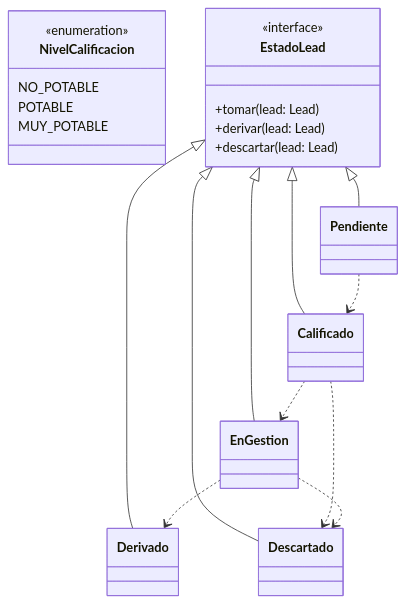
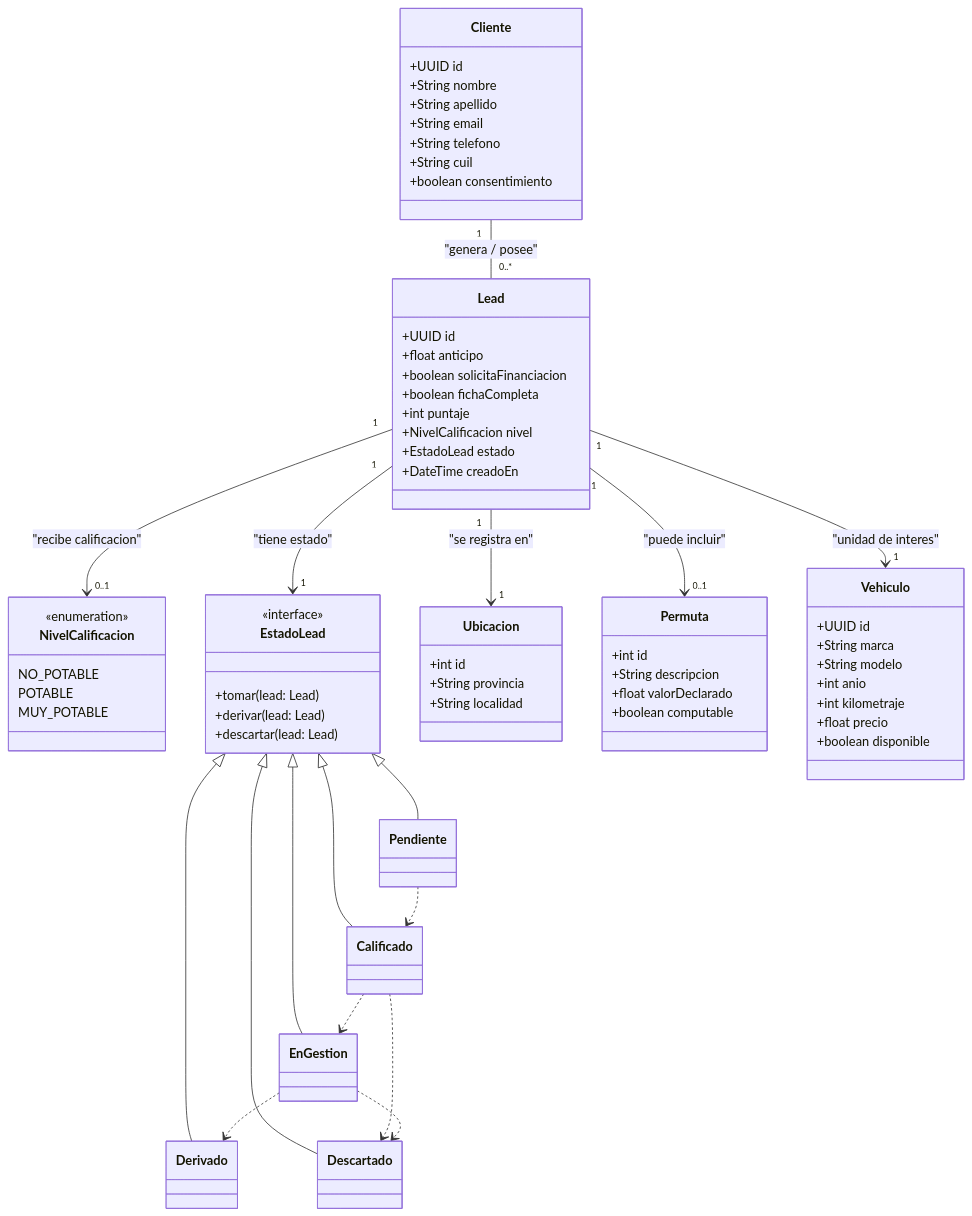
The diagram in docs/diagrams/diagrama_clases.mmd (naimgaunaa/LeadsMicroservice), drawn with Mermaid before and after one commit.

Commit message:
Ampliar diagrama de clases del servicio leads
Se extendió el diagrama de clases para documentar los catálogos, estados y entidades del servicio de leads. Se agregaron Cliente, Ubicacion, Permuta, Vehiculo y Lead, además de sus relaciones principales con EstadoLead y NivelCalificacion para reflejar mejor el modelo de negocio y el flujo definido en el DER.

```diff
--- a/docs/diagrams/diagrama_clases.mmd
+++ b/docs/diagrams/diagrama_clases.mmd
@@ -1,33 +1,87 @@
 classDiagram
+    %% --- Catálogos y enumeraciones ---
     class NivelCalificacion {
         <<enumeration>>
         NO_POTABLE
         POTABLE
         MUY_POTABLE
     }
 
     class EstadoLead {
         <<interface>>
         +tomar(lead: Lead)
         +derivar(lead: Lead)
         +descartar(lead: Lead)
     }
 
     class Pendiente { }
     class Calificado { }
     class EnGestion { }
     class Derivado { }
     class Descartado { }
 
-    %%---patron state---%%
+    %% --- Patrón State ---
     EstadoLead <|-- Pendiente
     EstadoLead <|-- Calificado
     EstadoLead <|-- EnGestion
     EstadoLead <|-- Derivado
     EstadoLead <|-- Descartado
 
     Pendiente ..> Calificado
     Calificado ..> EnGestion
     Calificado ..> Descartado
     EnGestion ..> Derivado
     EnGestion ..> Descartado
+
+    %% --- Entidades de negocio del servicio leads ---
+    class Cliente {
+        +UUID id
+        +String nombre
+        +String apellido
+        +String email
+        +String telefono
+        +String cuil
+        +boolean consentimiento
+    }
+
+    class Ubicacion {
+        +int id
+        +String provincia
+        +String localidad
+    }
+
+    class Permuta {
+        +int id
+        +String descripcion
+        +float valorDeclarado
+        +boolean computable
+    }
+
+    class Vehiculo {
+        +UUID id
+        +String marca
+        +String modelo
+        +int anio
+        +int kilometraje
+        +float precio
+        +boolean disponible
+    }
+
+    class Lead {
+        +UUID id
+        +float anticipo
+        +boolean solicitaFinanciacion
+        +boolean fichaCompleta
+        +int puntaje
+        +NivelCalificacion nivel
+        +EstadoLead estado
+        +DateTime creadoEn
+    }
+
+    %% --- Relaciones derivadas del DER y del documento ---
+    Cliente "1" -- "0..*" Lead : "genera / posee"
+    Lead "1" --> "1" Ubicacion : "se registra en"
+    Lead "1" --> "0..1" Permuta : "puede incluir"
+    Lead "1" --> "1" Vehiculo : "unidad de interes"
+    Lead "1" --> "1" EstadoLead : "tiene estado"
+    Lead "1" --> "0..1" NivelCalificacion : "recibe calificacion"
```
